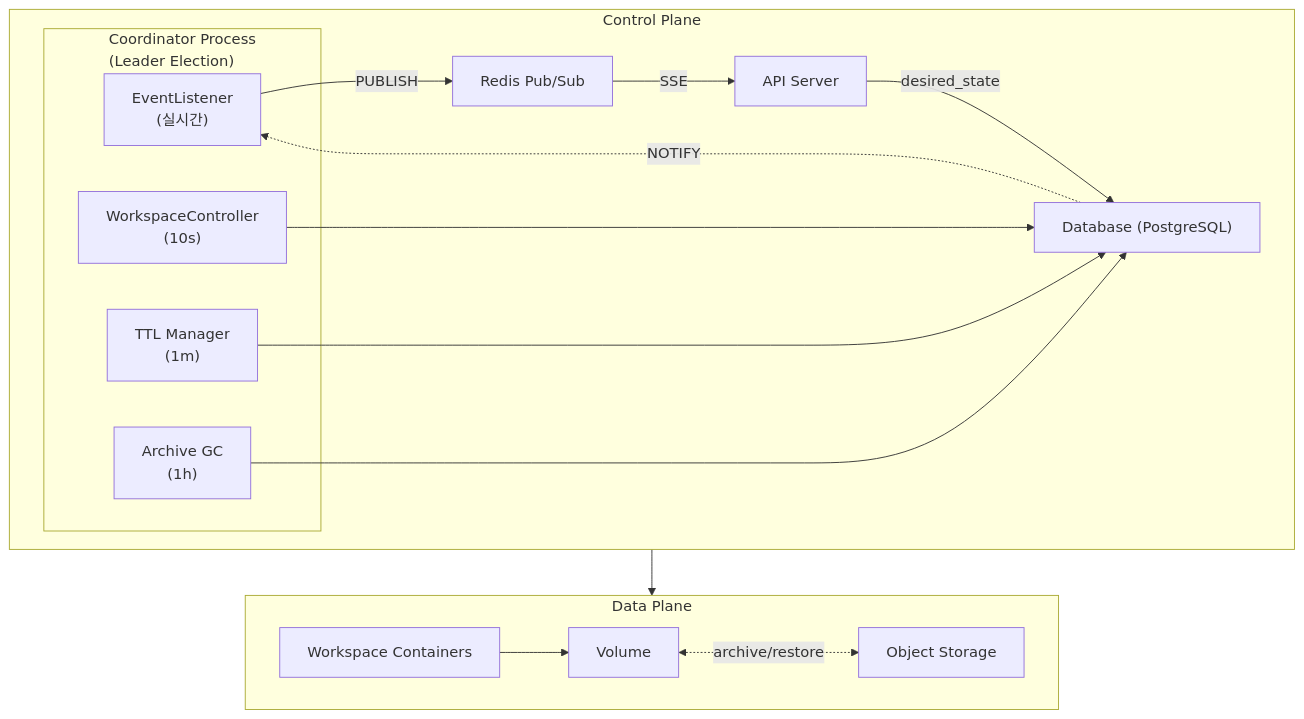
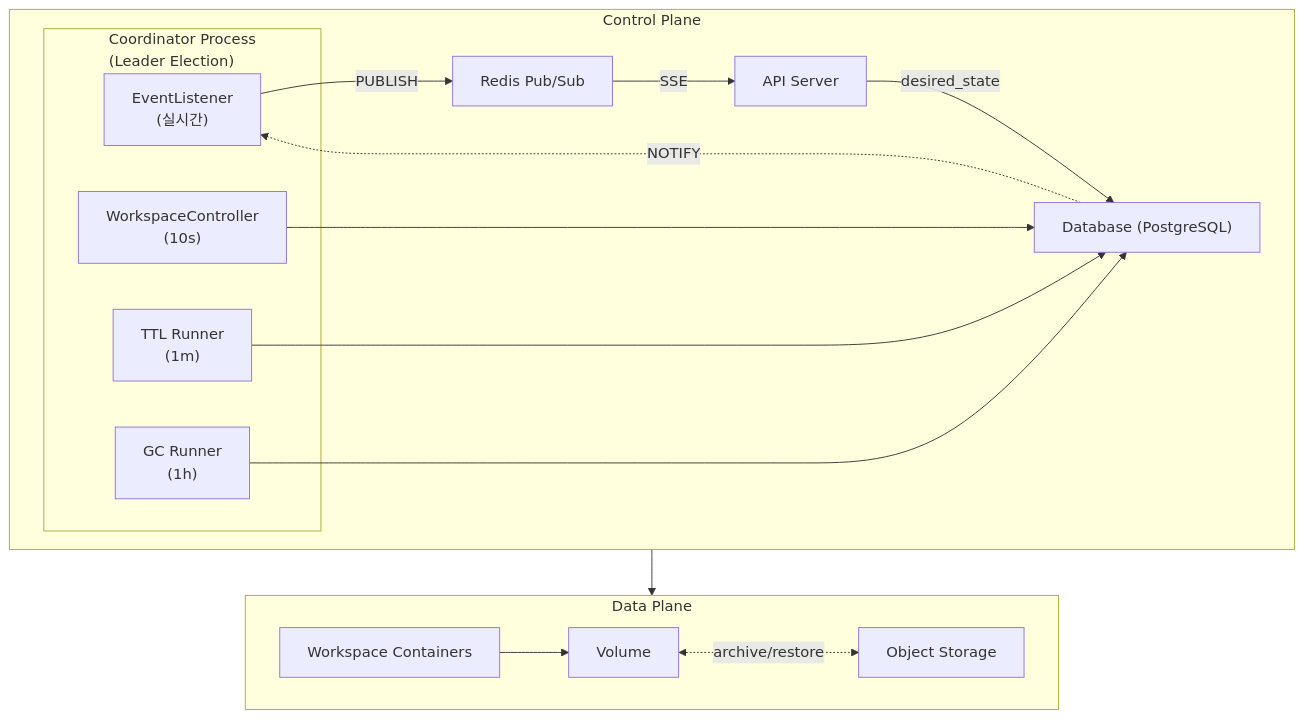
Before and after one commit to cagojeiger/code-hub: the diagram in docs/spec/README.md, drawn with Mermaid. The commit also changed other lines of this file and 8 other files, not shown here.

````diff
--- a/docs/spec/README.md
+++ b/docs/spec/README.md
@@ -15,35 +15,35 @@
 ```mermaid
 flowchart TB
     subgraph ControlPlane["Control Plane"]
         API["API Server"]
 
         subgraph Coordinator["Coordinator Process<br/>(Leader Election)"]
             EL["EventListener<br/>(실시간)"]
             WC["WorkspaceController<br/>(10s)"]
-            TTL["TTL Manager<br/>(1m)"]
-            GC["Archive GC<br/>(1h)"]
+            TTL["TTL Runner<br/>(1m)"]
+            GC["GC Runner<br/>(1h)"]
         end
 
         DB["Database (PostgreSQL)"]
         Redis["Redis Pub/Sub"]
 
         API -->|"desired_state"| DB
         WC --> DB
         TTL --> DB
         GC --> DB
         DB -.->|"NOTIFY"| EL
         EL -->|"PUBLISH"| Redis
         Redis -->|"SSE"| API
     end
 
     subgraph DataPlane["Data Plane"]
         WSC["Workspace Containers"]
         VOL["Volume"]
         S3["Object Storage"]
 
         WSC --> VOL
         VOL <-.->|"archive/restore"| S3
     end
 
     ControlPlane --> DataPlane
 ```
````
